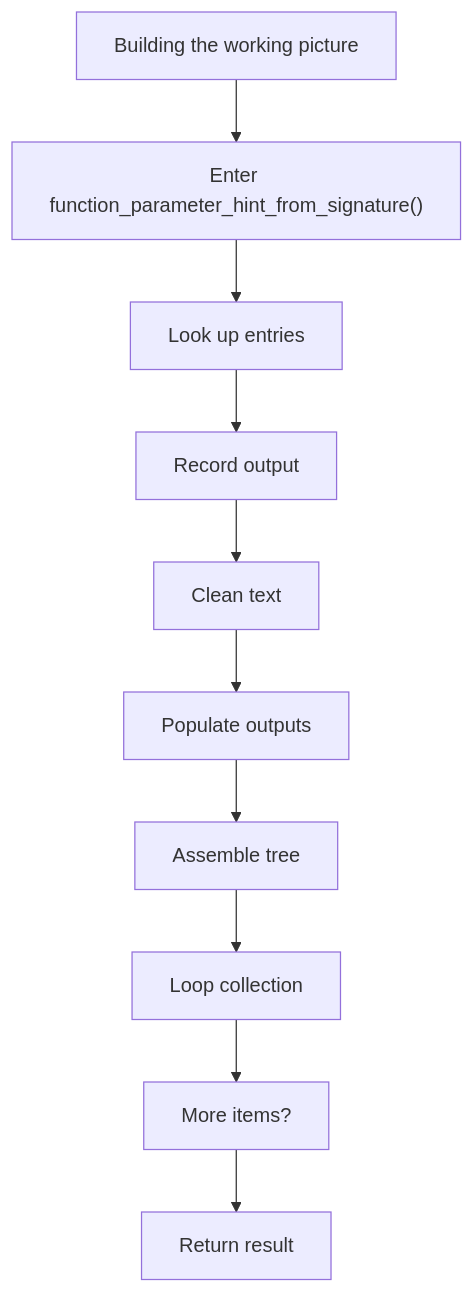
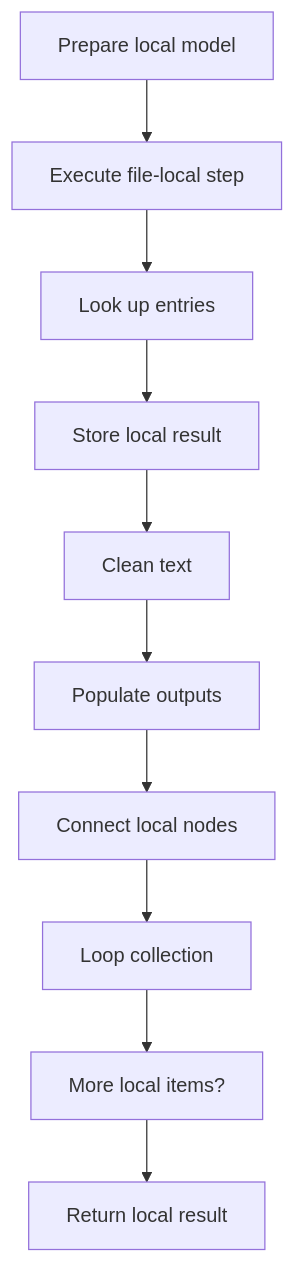
The fifth of 9 diagrams in docs/Codebase/Microservice/Modules/Source/Analysis/ImplementationUse/Resolution/Symbols/Resolve/Flow/symbols_utils_program_flow.cpp.md (JohnAndrewBalbarosa/NeoTerritory), drawn with Mermaid before and after one commit. The commit also changed other lines of this file and 925 other files, not shown here.

````diff
--- a/docs/Codebase/Microservice/Modules/Source/Analysis/ImplementationUse/Resolution/Symbols/Resolve/Flow/symbols_utils_program_flow.cpp.md
+++ b/docs/Codebase/Microservice/Modules/Source/Analysis/ImplementationUse/Resolution/Symbols/Resolve/Flow/symbols_utils_program_flow.cpp.md
@@ -119,22 +119,22 @@
 ```mermaid
 flowchart TD
-    N0["Building the working picture"]
-    N1["Enter function_parameter_hint_from_signature()"]
+    N0["Prepare local model"]
+    N1["Execute file-local step"]
     N2["Look up entries"]
-    N3["Record output"]
+    N3["Store local result"]
     N4["Clean text"]
     N5["Populate outputs"]
-    N6["Assemble tree"]
+    N6["Connect local nodes"]
     N7["Loop collection"]
-    N8["More items?"]
-    N9["Return result"]
+    N8["More local items?"]
+    N9["Return local result"]
     N0 --> N1
     N1 --> N2
     N2 --> N3
     N3 --> N4
     N4 --> N5
     N5 --> N6
     N6 --> N7
     N7 --> N8
     N8 --> N9
 ```
````
